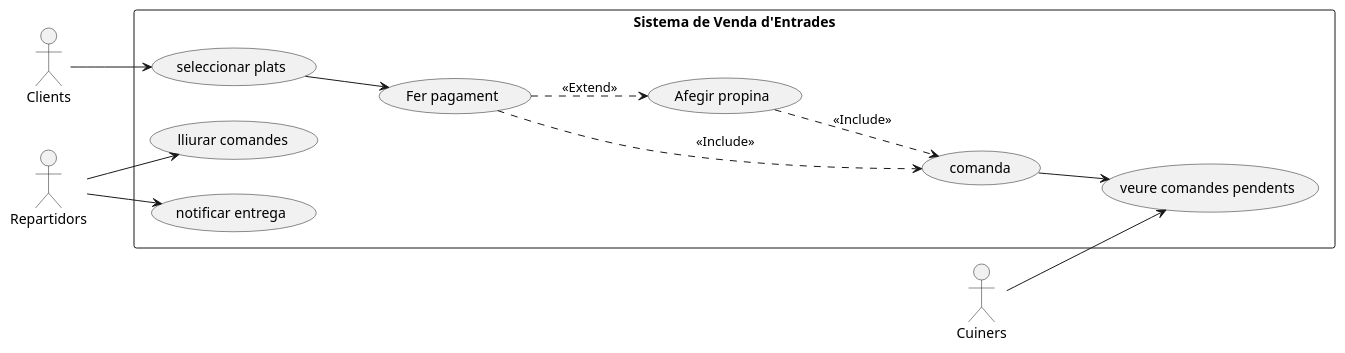
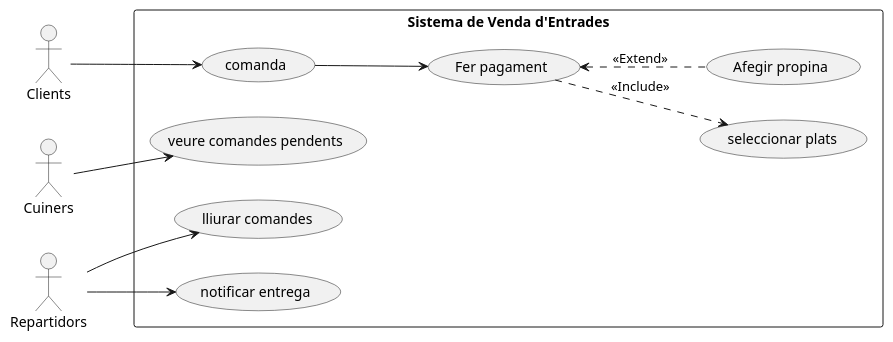
Before and after one commit to Isildu/UML2: the diagram in src/Restaurant.puml, drawn with PlantUML. The commit also changed 4 other files, not shown here.

```diff
--- a/src/Restaurant.puml
+++ b/src/Restaurant.puml
@@ -1,19 +1,17 @@
 @startuml
 left to right direction
 
 actor Clients
 actor Cuiners
 actor Repartidors
 
 rectangle "Sistema de Venda d'Entrades" {
-   Clients --> (seleccionar plats)
-   (seleccionar plats) --> (Fer pagament)
-   (Fer pagament) ..> ( comanda): << Include >>
-   (Fer pagament) ..> (Afegir propina): << Extend >>
-   (Afegir propina) ..> ( comanda): << Include >>
+   Clients --> (comanda)
+   (comanda) --> (Fer pagament)
+   (Fer pagament) ..> ( seleccionar plats): << Include >>
+   (Fer pagament) <.. (Afegir propina): << Extend >>
    Cuiners --> (veure comandes pendents)
-   ( comanda) --> (veure comandes pendents)
    Repartidors  --> ( lliurar comandes)
    Repartidors  --> (notificar entrega)
 }
 @enduml
```
